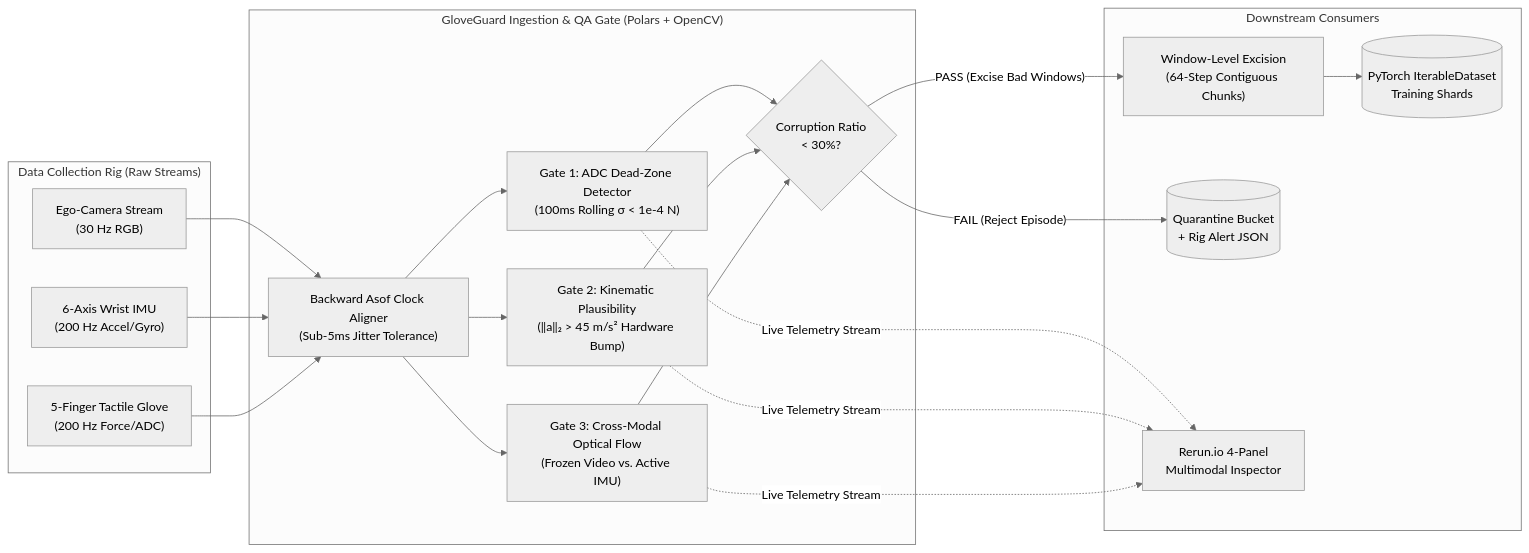
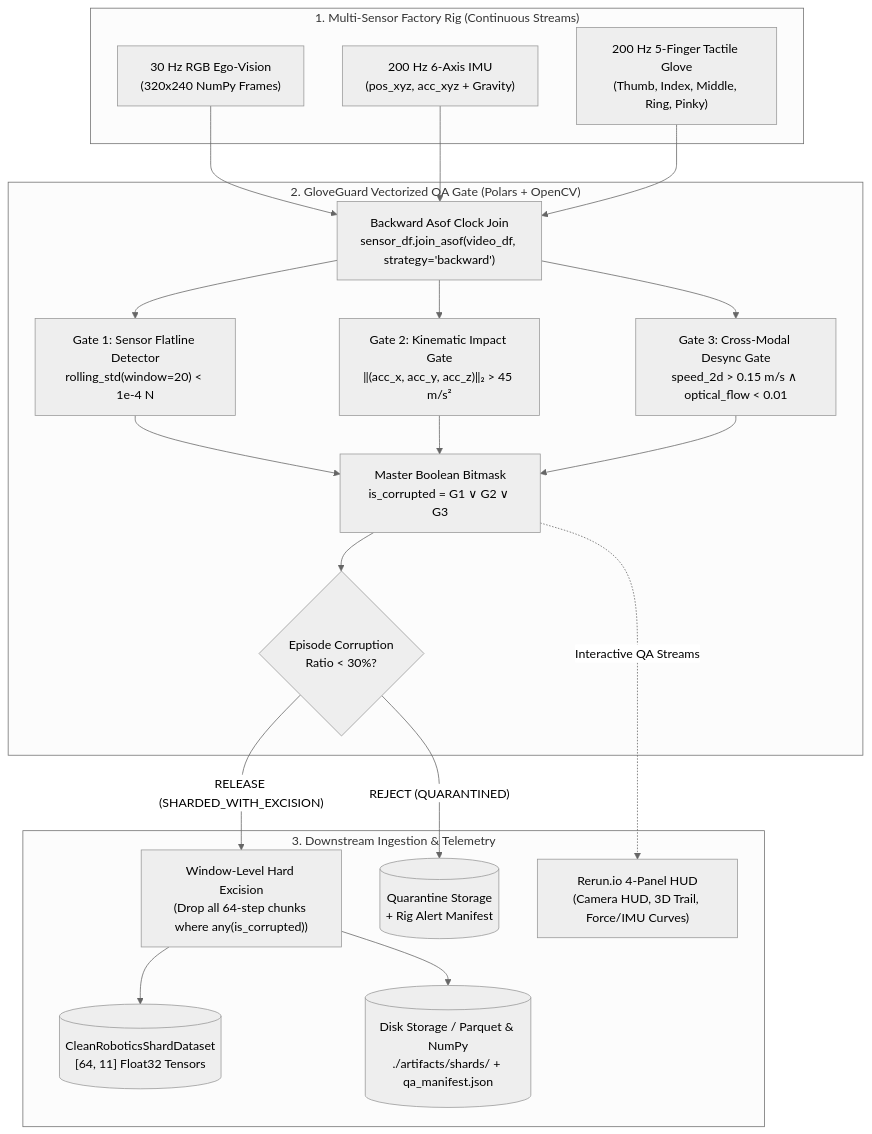
Before and after one commit to Unjustcomposer/gloveGuard: the diagram in README.md, drawn with Mermaid (neutral theme). The commit also changed other lines of this file, not shown here.

Commit message:
docs: overhaul README with architecture, fault taxonomy, and production quickstart

````diff
--- a/README.md
+++ b/README.md
@@ -23,30 +36,35 @@
 ```mermaid
-flowchart LR
-    subgraph Factory_Rig ["Data Collection Rig (Raw Streams)"]
-        V["Ego-Camera Stream<br/>(30 Hz RGB)"]
-        I["6-Axis Wrist IMU<br/>(200 Hz Accel/Gyro)"]
-        F["5-Finger Tactile Glove<br/>(200 Hz Force/ADC)"]
+flowchart TD
+    subgraph Capture_Rig ["1. Multi-Sensor Factory Rig (Continuous Streams)"]
+        CAM["30 Hz RGB Ego-Vision<br/>(320x240 NumPy Frames)"]
+        IMU["200 Hz 6-Axis IMU<br/>(pos_xyz, acc_xyz + Gravity)"]
+        GLOVE["200 Hz 5-Finger Tactile Glove<br/>(Thumb, Index, Middle, Ring, Pinky)"]
     end
 
-    subgraph GloveGuard ["GloveGuard Ingestion & QA Gate (Polars + OpenCV)"]
-        A["Backward Asof Clock Aligner<br/>(Sub-5ms Jitter Tolerance)"]
-        G1["Gate 1: ADC Dead-Zone Detector<br/>(100ms Rolling σ < 1e-4 N)"]
-        G2["Gate 2: Kinematic Plausibility<br/>(‖a‖₂ > 45 m/s² Hardware Bump)"]
-        G3["Gate 3: Cross-Modal Optical Flow<br/>(Frozen Video vs. Active IMU)"]
-        D{"Corruption Ratio<br/>< 30%?"}
+    subgraph QA_Engine ["2. GloveGuard Vectorized QA Gate (Polars + OpenCV)"]
+        SYNC["Backward Asof Clock Join<br/>sensor_df.join_asof(video_df, strategy='backward')"]
+        
+        G1["Gate 1: Sensor Flatline Detector<br/>rolling_std(window=20) < 1e-4 N"]
+        G2["Gate 2: Kinematic Impact Gate<br/>‖(acc_x, acc_y, acc_z)‖₂ > 45 m/s²"]
+        G3["Gate 3: Cross-Modal Desync Gate<br/>speed_2d > 0.15 m/s ∧ optical_flow < 0.01"]
+        
+        COMBINE["Master Boolean Bitmask<br/>is_corrupted = G1 ∨ G2 ∨ G3"]
+        EVAL{"Episode Corruption<br/>Ratio < 30%?"}
     end
 
-    subgraph Downstream ["Downstream Consumers"]
-        S["Window-Level Excision<br/>(64-Step Contiguous Chunks)"]
-        P[("PyTorch IterableDataset<br/>Training Shards")]
-        Q[("Quarantine Bucket<br/>+ Rig Alert JSON")]
-        R["Rerun.io 4-Panel<br/>Multimodal Inspector"]
+    subgraph Downstream ["3. Downstream Ingestion & Telemetry"]
+        EXCISE["Window-Level Hard Excision<br/>(Drop all 64-step chunks where any(is_corrupted))"]
+        TORCH[("CleanRoboticsShardDataset<br/>[64, 11] Float32 Tensors")]
+        EXPORT[("Disk Storage / Parquet & NumPy<br/>./artifacts/shards/ + qa_manifest.json")]
+        QUARANTINE[("Quarantine Storage<br/>+ Rig Alert Manifest")]
+        RERUN["Rerun.io 4-Panel HUD<br/>(Camera HUD, 3D Trail, Force/IMU Curves)"]
     end
 
-    V & I & F --> A
-    A --> G1 & G2 & G3
-    G1 & G2 & G3 --> D
-    D -- "PASS (Excise Bad Windows)" --> S --> P
-    D -- "FAIL (Reject Episode)" --> Q
-    G1 & G2 & G3 -. "Live Telemetry Stream" .-> R
+    CAM & IMU & GLOVE --> SYNC
+    SYNC --> G1 & G2 & G3 --> COMBINE --> EVAL
+    EVAL -- "RELEASE (SHARDED_WITH_EXCISION)" --> EXCISE
+    EXCISE --> TORCH
+    EXCISE --> EXPORT
+    EVAL -- "REJECT (QUARANTINED)" --> QUARANTINE
+    COMBINE -. "Interactive QA Streams" .-> RERUN
 ```
````
